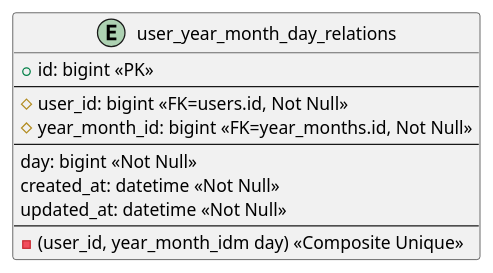
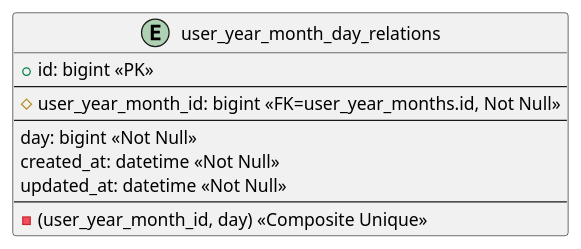
The diagram in Plantuml/tables/user_year_month_day_relations.puml (ZoveRKI/BookKeeping), drawn with PlantUML before and after one commit. The commit also changed 4 other files, not shown here.

Commit message:
fix: plantuml

```diff
--- a/Plantuml/tables/user_year_month_day_relations.puml
+++ b/Plantuml/tables/user_year_month_day_relations.puml
@@ -1,16 +1,15 @@
 @startuml user_year_month_day_relations
 
 entity "user_year_month_day_relations" as user_year_month_day_relations {
     + id: bigint <<PK>>
     --
-    # user_id: bigint <<FK=users.id, Not Null>>
-    # year_month_id: bigint <<FK=year_months.id, Not Null>>
+    # user_year_month_id: bigint <<FK=user_year_months.id, Not Null>>
     --
     day: bigint <<Not Null>>
     created_at: datetime <<Not Null>>
     updated_at: datetime <<Not Null>>
     --
-    - (user_id, year_month_idm day) <<Composite Unique>>
+    - (user_year_month_id, day) <<Composite Unique>>
 }
 
 @enduml
```
